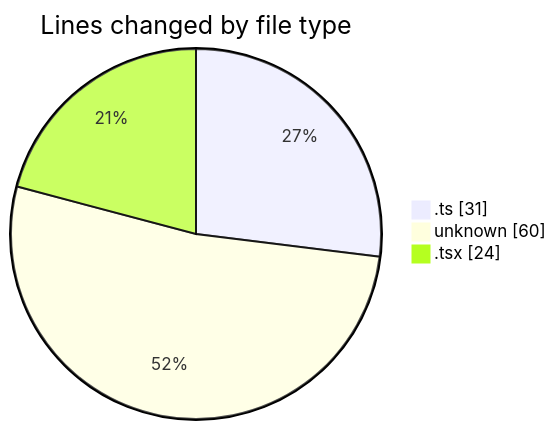
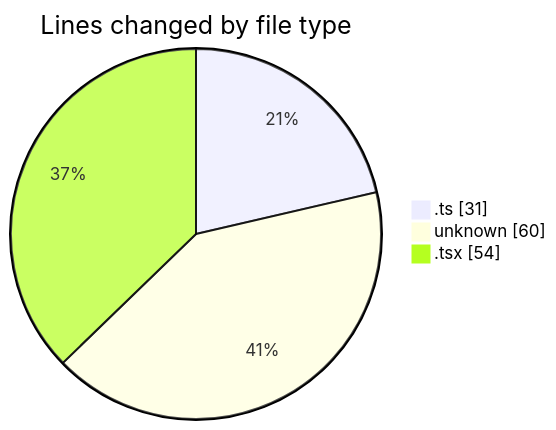
One commit to momahboobian/code-tracking changed the first of 2 diagrams in 2026-06-12/cda/README.md. Above: the diagram before and after it, drawn with Mermaid. The commit also changed other lines of this file and 1 other file, not shown here.

````diff
--- a/2026-06-12/cda/README.md
+++ b/2026-06-12/cda/README.md
@@ -23,7 +23,7 @@
 ```mermaid
 pie showData
 title Lines changed by file type
 ".ts" : 31
 "unknown" : 60
-".tsx" : 24
+".tsx" : 54
 ```
````
